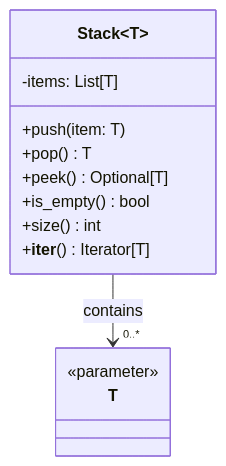
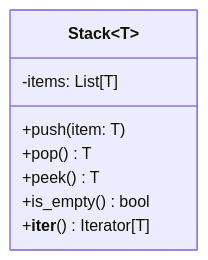
Before and after one commit to johnburbridge/python-cookbook: the first of 3 diagrams in generics/README.md, drawn with Mermaid. The commit also changed other lines of this file and 5 other files, not shown here.

````diff
--- a/generics/README.md
+++ b/generics/README.md
@@ -9,16 +11,11 @@
 ```mermaid
 classDiagram
     class Stack~T~ {
         -items: List[T]
         +push(item: T)
         +pop() T
-        +peek() Optional[T]
+        +peek() T
         +is_empty() bool
-        +size() int
         +__iter__() Iterator[T]
     }
-    class T {
-        <<parameter>>
-    }
-    Stack --> "0..*" T : contains
 ```
````
